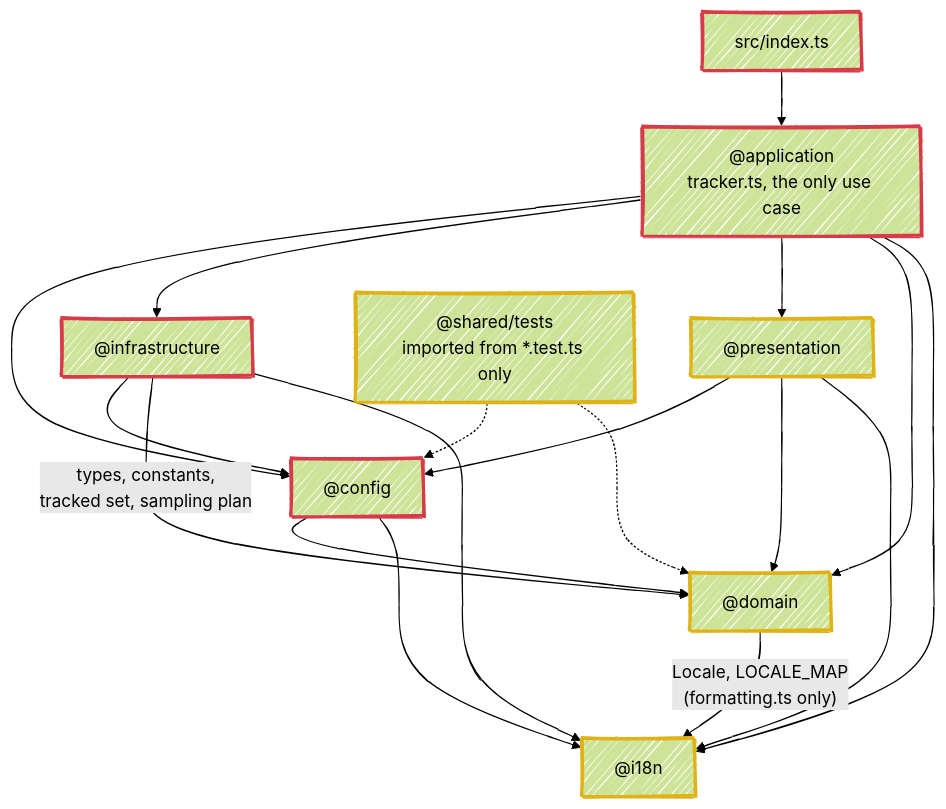
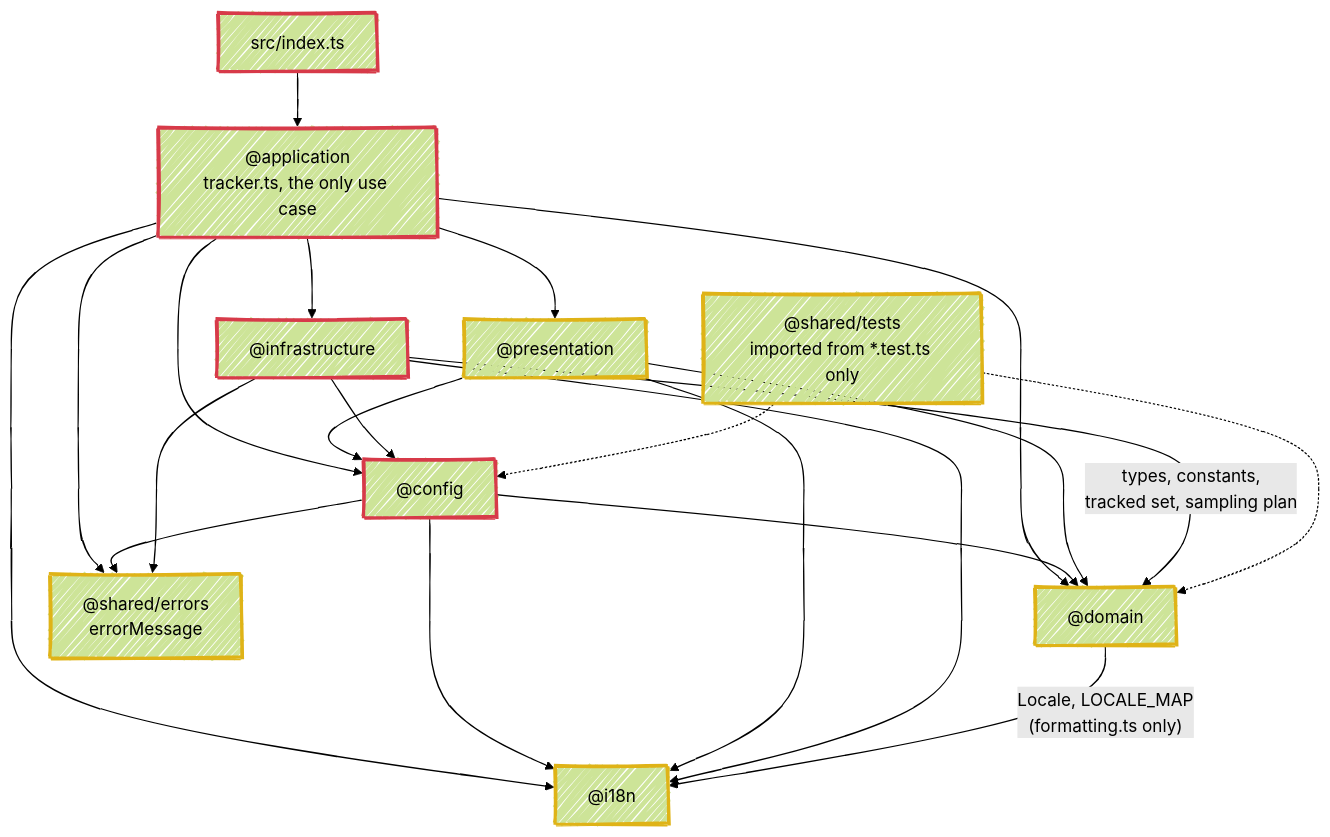
One commit to fbuireu/github-star-tracker changed the diagram in ARCHITECTURE.md. Above: the diagram before and after it, drawn with Mermaid (forest theme). The commit also changed other lines of this file and 15 other files, not shown here.

````diff
--- a/ARCHITECTURE.md
+++ b/ARCHITECTURE.md
@@ -18,32 +18,36 @@
 ```mermaid
 ---
 config:
   look: handDrawn
 ---
 flowchart TD
     idx["src/index.ts"] --> app["@application<br/>tracker.ts, the only use case"]
 
     app --> cfg["@config"]
     app --> infra["@infrastructure"]
     app --> pres["@presentation"]
     app --> dom["@domain"]
     app --> i18n["@i18n"]
 
     cfg --> dom
     cfg --> i18n
     pres --> cfg
     pres --> dom
     pres --> i18n
     infra --> cfg
     infra -->|types, constants,<br/>tracked set, sampling plan| dom
     infra --> i18n
     dom -->|"Locale, LOCALE_MAP<br/>(formatting.ts only)"| i18n
 
+    app --> err["@shared/errors<br/>errorMessage"]
+    cfg --> err
+    infra --> err
+
     test["@shared/tests<br/>imported from *.test.ts only"] -.-> cfg
     test -.-> dom
 
     classDef pure stroke:#dfb317,stroke-width:3px
     classDef shell stroke:#d73a49,stroke-width:3px
-    class dom,pres,i18n,test pure
+    class dom,pres,i18n,test,err pure
     class idx,app,cfg,infra shell
 ```
````
